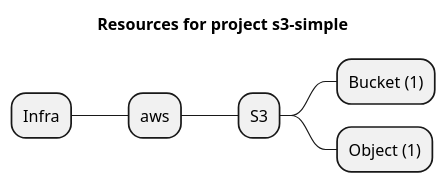
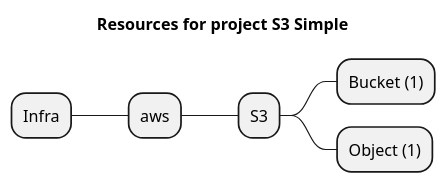
The diagram in examples/aws/s3/s3-simple/artifacts/resources-mindmap.puml (grucloud/grucloud), drawn with PlantUML before and after one commit. The commit also changed 31 other files, not shown here.

```diff
--- a/examples/aws/s3/s3-simple/artifacts/resources-mindmap.puml
+++ b/examples/aws/s3/s3-simple/artifacts/resources-mindmap.puml
@@ -1,9 +1,9 @@
 @startmindmap
-title Resources for project s3-simple
+title Resources for project S3 Simple
 skinparam monochrome true
 + Infra
 ++ aws
 +++ S3
 ++++ Bucket (1)
 ++++ Object (1)
 @endmindmap
```
